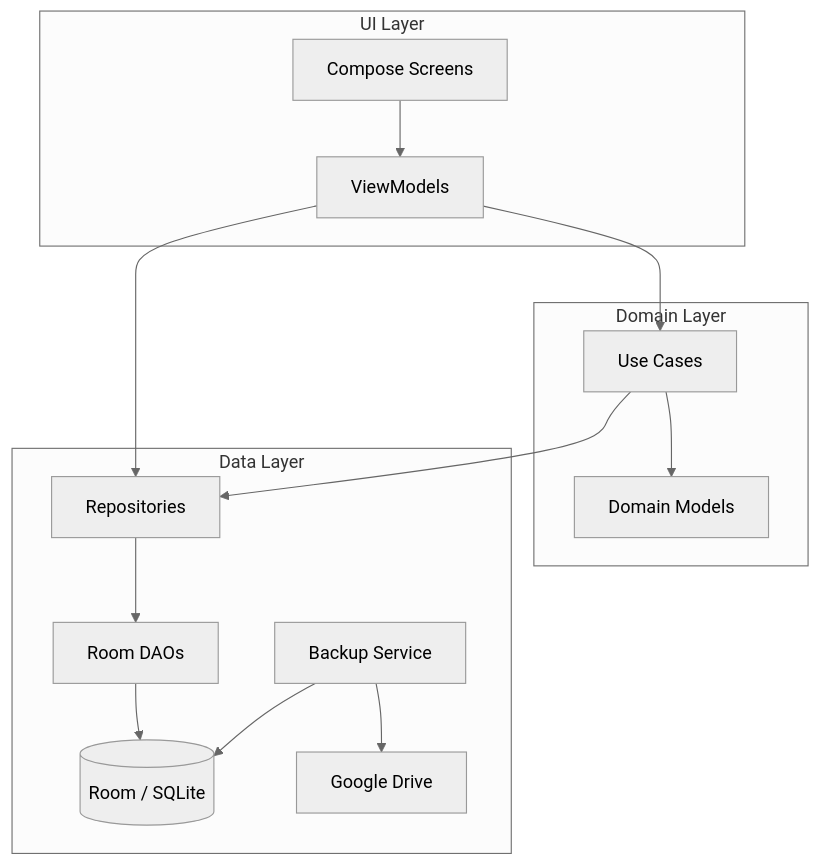
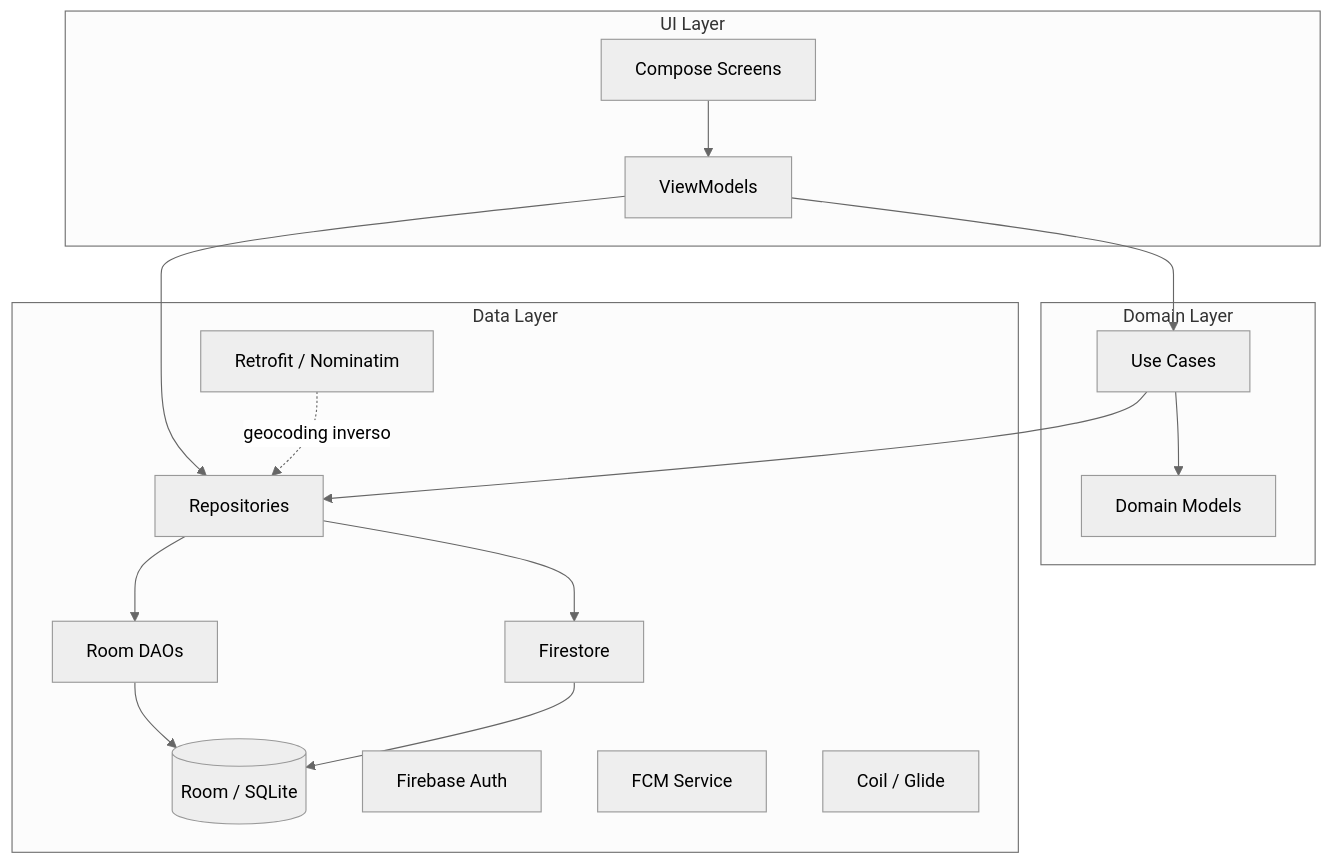
One commit to PUJ-ICM-1131/SGE changed the diagram in docs/4-arquitectura/estilo_arquitectonico.md. Above: the diagram before and after it, drawn with Mermaid (neutral theme). The commit also changed other lines of this file and 9 other files, not shown here.

First line of the commit message:
docs: update architecture for confirmed tech stack and sensors (#2)

````diff
--- a/docs/4-arquitectura/estilo_arquitectonico.md
+++ b/docs/4-arquitectura/estilo_arquitectonico.md
@@ -77,30 +82,34 @@
 ```mermaid
 graph TD
     subgraph "UI Layer"
         S[Compose Screens]
         VM[ViewModels]
     end
 
     subgraph "Domain Layer"
         UC[Use Cases]
         M[Domain Models]
     end
 
     subgraph "Data Layer"
         R[Repositories]
         DAO[Room DAOs]
         DB[(Room / SQLite)]
-        BK[Backup Service]
-        GD[Google Drive]
+        FA[Firebase Auth]
+        FS[Firestore]
+        FCM[FCM Service]
+        RET[Retrofit / Nominatim]
+        IMG[Coil / Glide]
     end
 
     S --> VM
     VM --> UC
     VM --> R
     UC --> R
     UC --> M
     R --> DAO
+    R --> FS
     DAO --> DB
-    BK --> DB
-    BK --> GD
+    FS --> DB
+    RET -.-> |geocoding inverso| R
 ```
````
